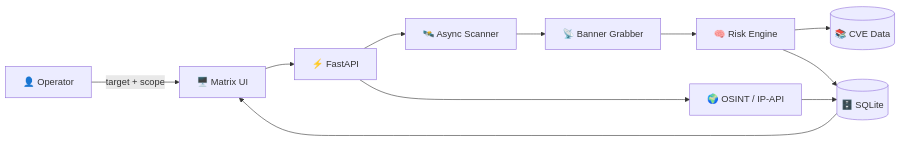
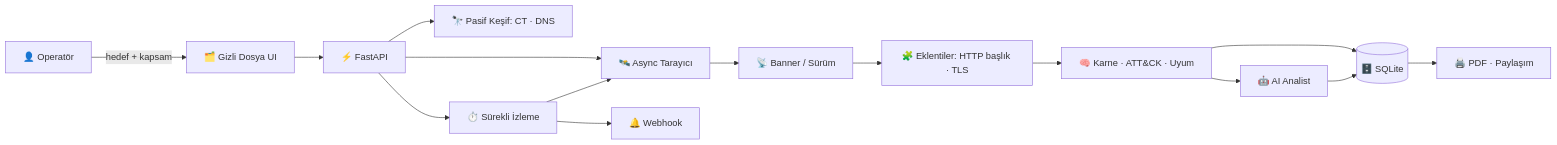
Before and after one commit to Pireburak/pireburak: the diagram in README.md, drawn with Mermaid. The commit also changed other lines of this file and 3 other files, not shown here.

````diff
--- a/README.md
+++ b/README.md
@@ -124,13 +157,17 @@
 ```mermaid
 flowchart LR
-  U[👤 Operator] -->|target + scope| UI[🖥️ Matrix UI]
-  UI --> API[⚡ FastAPI]
-  API --> SC[🛰️ Async Scanner]
-  SC --> BG[📡 Banner Grabber]
-  BG --> RE[🧠 Risk Engine]
-  RE --> CVE[(📚 CVE Data)]
-  API --> OS[🌍 OSINT / IP-API]
-  RE --> DB[(🗄️ SQLite)]
-  OS --> DB
-  DB --> UI
+  U["👤 Operatör"] -->|hedef + kapsam| UI["🗂️ Gizli Dosya UI"]
+  UI --> API["⚡ FastAPI"]
+  API --> SC["🛰️ Async Tarayıcı"]
+  SC --> BG["📡 Banner / Sürüm"]
+  BG --> PL["🧩 Eklentiler: HTTP başlık · TLS"]
+  PL --> IN["🧠 Karne · ATT&CK · Uyum"]
+  IN --> AI["🤖 AI Analist"]
+  API --> PK["🔭 Pasif Keşif: CT · DNS"]
+  API --> MON["⏱️ Sürekli İzleme"]
+  MON --> SC
+  MON --> WH["🔔 Webhook"]
+  IN --> DB[("🗄️ SQLite")]
+  AI --> DB
+  DB --> RP["🖨️ PDF · Paylaşım"]
 ```
````
